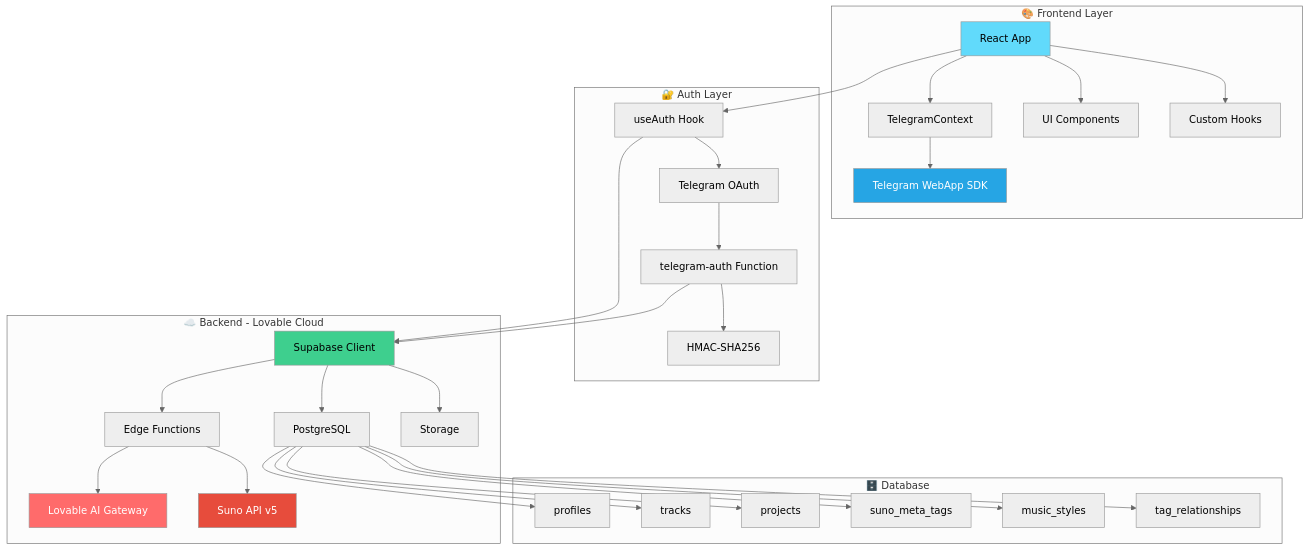
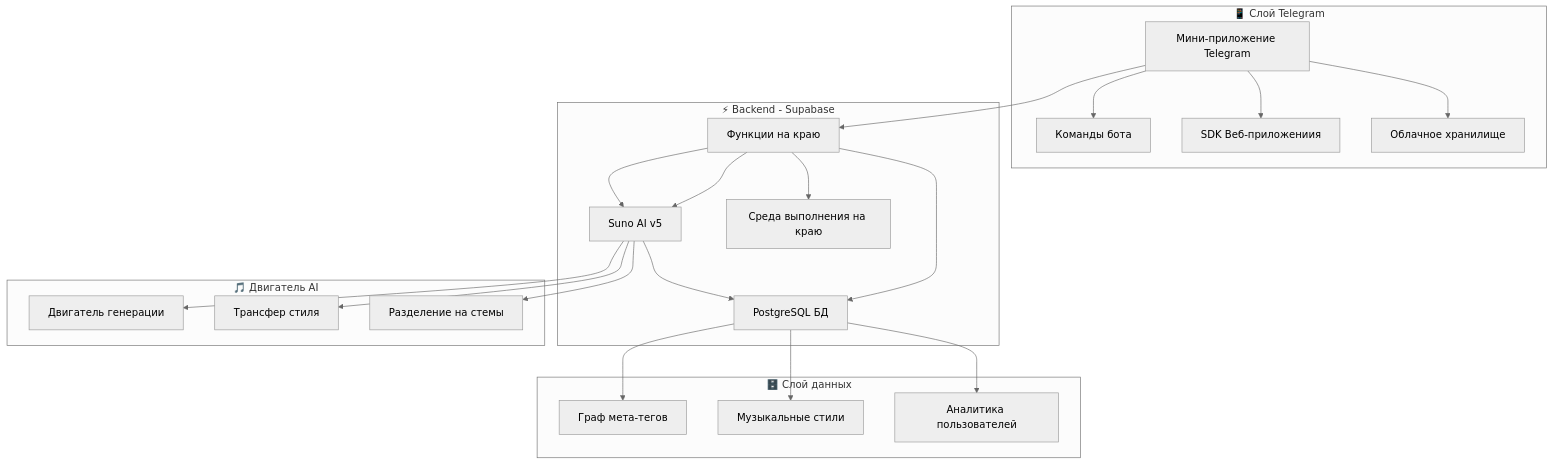
One commit to HOW2AI-AGENCY/aimusicverse changed the diagram in README.md. Above: the diagram before and after it, drawn with Mermaid (neutral theme). The commit also changed other lines of this file and 10 other files, not shown here.

````diff
--- a/README.md
+++ b/README.md
@@ -776,42 +166,30 @@
 ```mermaid
 graph TB
-    subgraph "🎨 Frontend Layer"
-        A[React App] --> B[TelegramContext]
-        A --> C[UI Components]
-        A --> D[Custom Hooks]
-        B --> E[Telegram WebApp SDK]
+    subgraph "📱 Слой Telegram"
+        A[Мини-приложение Telegram] --> B[Команды бота]
+        A --> C[SDK Веб-приложениия]
+        A --> D[Облачное хранилище]
     end
     
-    subgraph "🔐 Auth Layer"
-        F[useAuth Hook] --> G[Telegram OAuth]
-        G --> H[telegram-auth Function]
-        H --> I[HMAC-SHA256]
+    subgraph "⚡ Backend - Supabase"
+        E[Функции на краю] --> F[Suno AI v5]
+        E --> G[PostgreSQL БД]
+        E --> H[Среда выполнения на краю]
     end
     
-    subgraph "☁️ Backend - Lovable Cloud"
-        J[Supabase Client] --> K[Edge Functions]
-        J --> L[PostgreSQL]
-        J --> M[Storage]
-        K --> N[Lovable AI Gateway]
-        K --> O[Suno API v5]
+    subgraph "🎵 Двигатель AI"
+        F --> I[Двигатель генерации]
+        F --> J[Трансфер стиля]
+        F --> K[Разделение на стемы]
     end
     
-    subgraph "🗄️ Database"
-        L --> P[profiles]
-        L --> Q[tracks]
-        L --> R[projects]
-        L --> S[suno_meta_tags]
-        L --> T[music_styles]
-        L --> U[tag_relationships]
+    subgraph "🗄️ Слой данных"
+        G --> L[Граф мета-тегов]
+        G --> M[Музыкальные стили]
+        G --> N[Аналитика пользователей]
     end
-    
-    A --> F
-    F --> J
-    H --> J
-    
-    style A fill:#61dafb,color:#000
-    style J fill:#3ECF8E,color:#000
-    style N fill:#FF6B6B,color:#fff
-    style O fill:#e74c3c,color:#fff
-    style E fill:#26A5E4,color:#fff
+
+    A --> E
+    E --> F
+    F --> G
 ```
````
